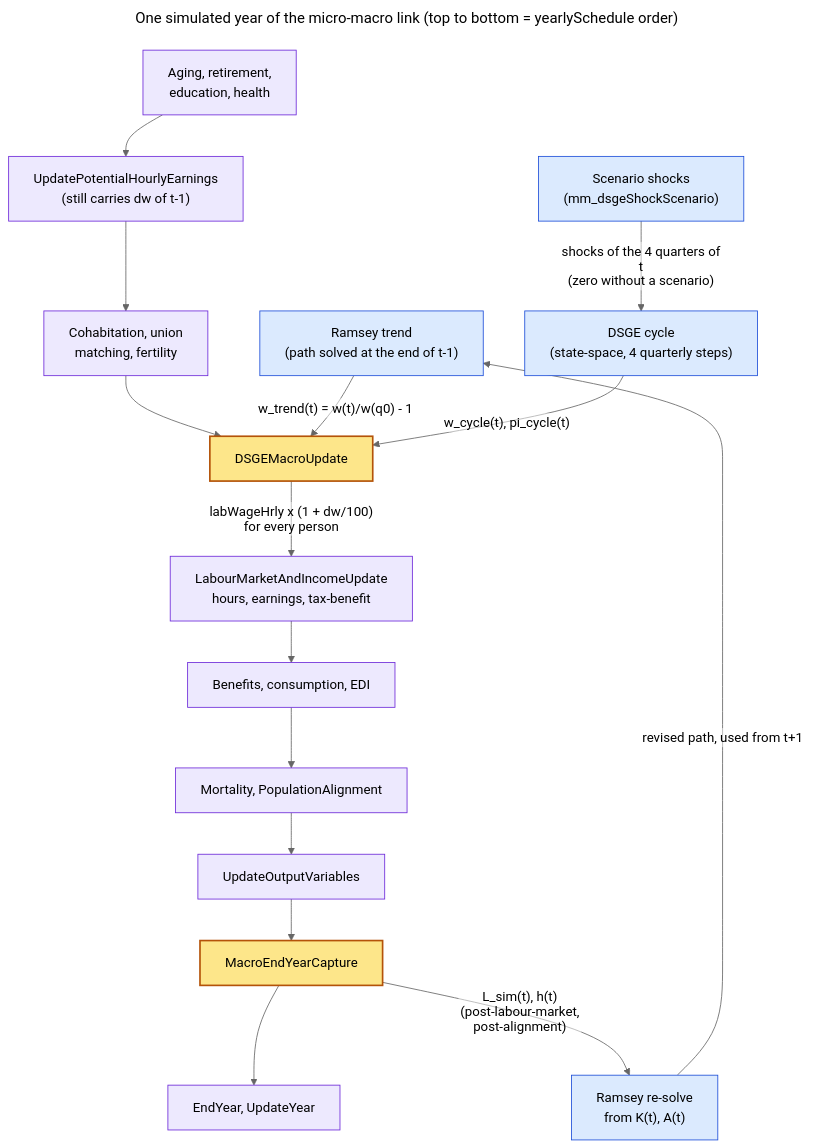
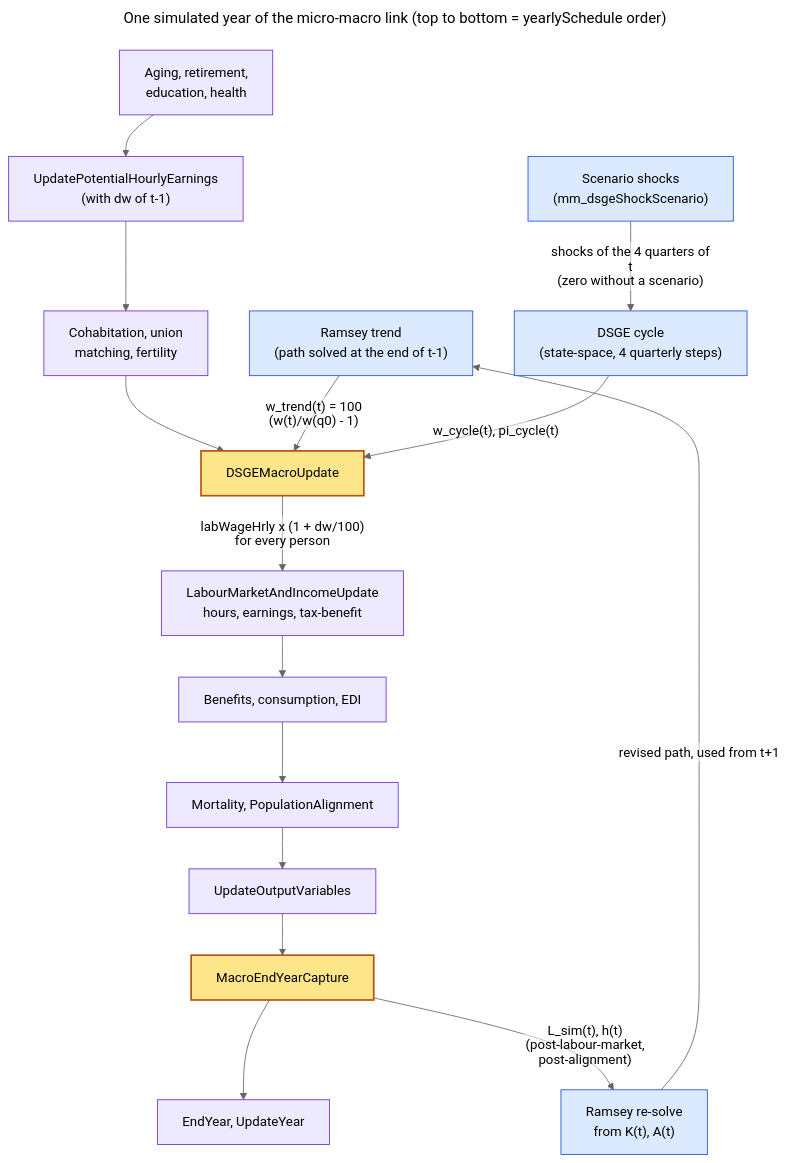
One commit to LiangShi369/SimPathsEUFork changed the first of 2 diagrams in input_processing/macromodel/docs/SimPaths_Coupling.md. Above: the diagram before and after it, drawn with Mermaid (neutral theme). The commit also changed other lines of this file and 102 other files, not shown here.

````diff
--- a/input_processing/macromodel/docs/SimPaths_Coupling.md
+++ b/input_processing/macromodel/docs/SimPaths_Coupling.md
@@ -241,42 +228,42 @@
 ```mermaid
 ---
 title: One simulated year of the micro-macro link (top to bottom = yearlySchedule order)
 config:
   flowchart:
     htmlLabels: false
     wrappingWidth: 400
 ---
 flowchart TB
   A["Aging, retirement,<br/>education, health"]
-  W0["UpdatePotentialHourlyEarnings<br/>(still carries dw of t-1)"]
+  W0["UpdatePotentialHourlyEarnings<br/>(with dw of t-1)"]
   U["Cohabitation, union<br/>matching, fertility"]
   M["DSGEMacroUpdate"]
   LM["LabourMarketAndIncomeUpdate<br/>hours, earnings, tax-benefit"]
   B["Benefits, consumption, EDI"]
   P["Mortality, PopulationAlignment"]
   O["UpdateOutputVariables"]
   E["MacroEndYearCapture"]
   Y["EndYear, UpdateYear"]
   R["Ramsey trend<br/>(path solved at the end of t-1)"]
   D["DSGE cycle<br/>(state-space, 4 quarterly steps)"]
   SC["Scenario shocks<br/>(mm_dsgeShockScenario)"]
   RS["Ramsey re-solve<br/>from K(t), A(t)"]
 
   A ~~~ R
   A --> W0 --> U --> M
   M -- "labWageHrly x (1 + dw/100)<br/>for every person" --> LM
   LM --> B --> P --> O --> E --> Y
 
-  R -- "w_trend(t) = w(t)/w(q0) - 1" --> M
+  R -- "w_trend(t) = 100 (w(t)/w(q0) - 1)" --> M
   SC -- "shocks of the 4 quarters of t<br/>(zero without a scenario)" --> D
   D -- "w_cycle(t), pi_cycle(t)" --> M
   E -- "L_sim(t), h(t)<br/>(post-labour-market, post-alignment)" --> RS
   RS -- "revised path, used from t+1" --> R
 
   classDef micro fill:#ede9fe,stroke:#6d28d9;
   classDef link fill:#fde68a,stroke:#b45309,stroke-width:2px;
   classDef macro fill:#dbeafe,stroke:#1d4ed8;
   class A,W0,U,LM,B,P,O,Y micro;
   class M,E link;
   class R,D,SC,RS macro;
 ```
````
